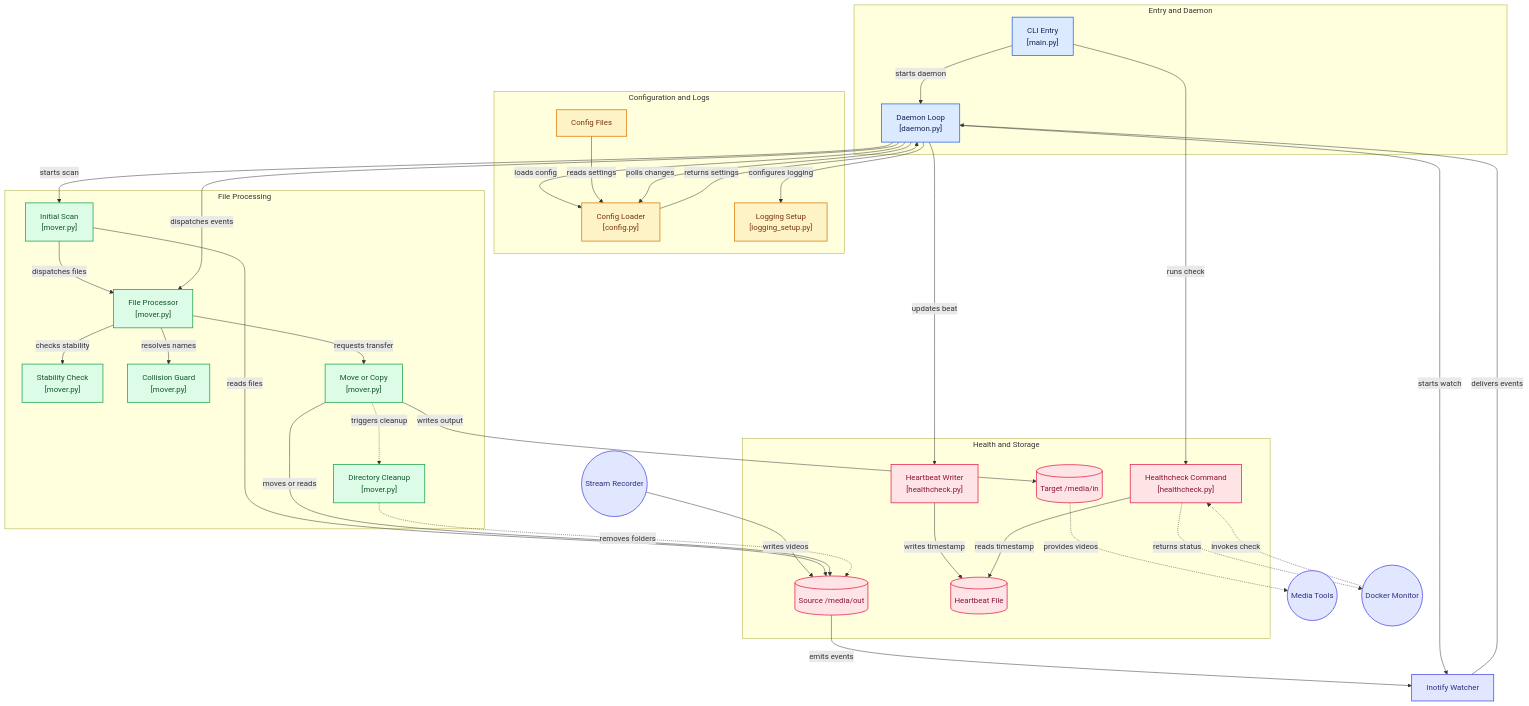
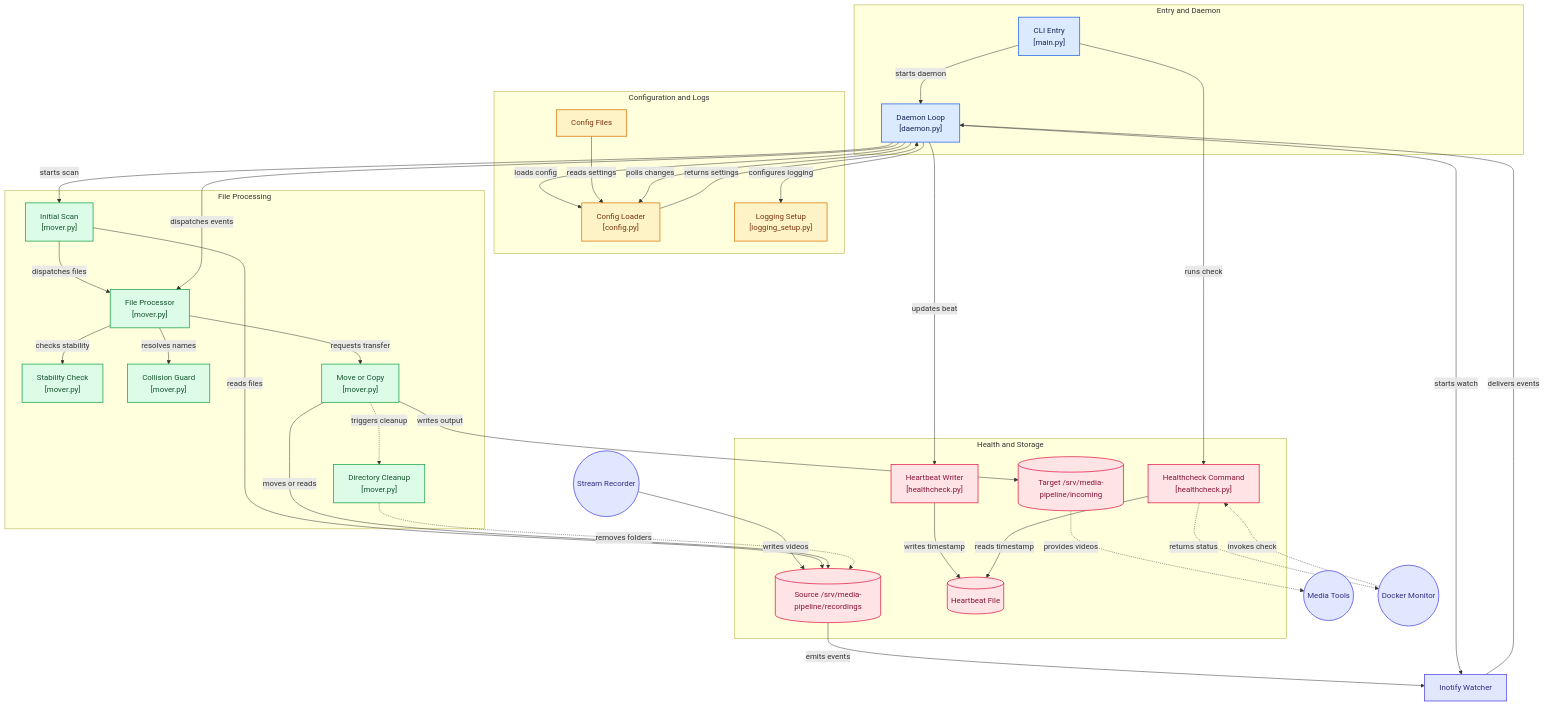
Before and after one commit to chaos7x/fetchbridge: the diagram in ARCHITECTURE.md, drawn with Mermaid. The commit also changed other lines of this file and 6 other files, not shown here.

```diff
--- a/ARCHITECTURE.md
+++ b/ARCHITECTURE.md
@@ -28,8 +28,8 @@
 end
 
 subgraph group_observability["Health and Storage"]
-  node_source_dir[("Source /media/out")]
-  node_target_dir[("Target /media/in")]
+  node_source_dir[("Source /srv/media-pipeline/recordings")]
+  node_target_dir[("Target /srv/media-pipeline/incoming")]
   node_heartbeat["Heartbeat Writer<br/>[healthcheck.py]"]
   node_healthcheck["Healthcheck Command<br/>[healthcheck.py]"]
   node_heartbeat_file[("Heartbeat File")]
```
